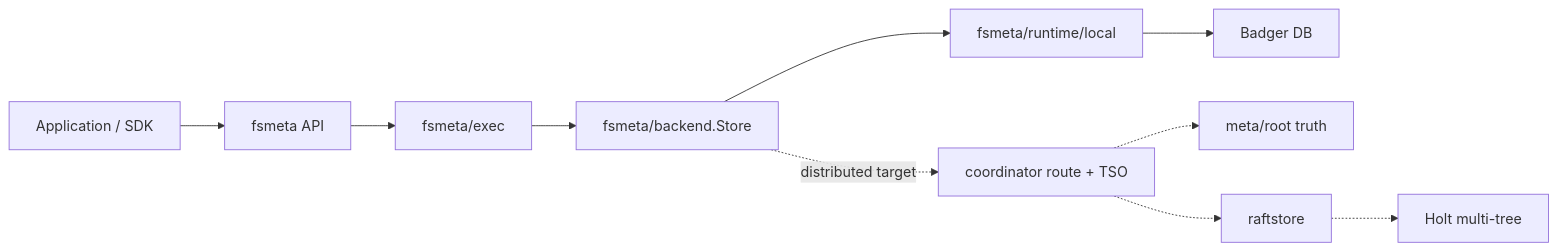
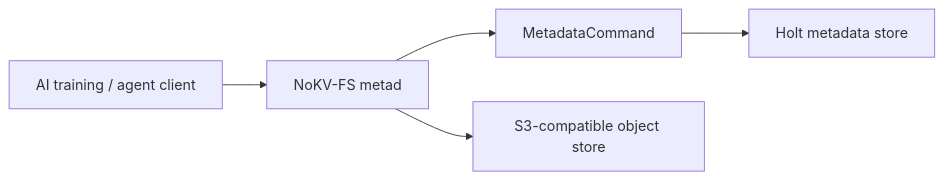
The diagram in docs/guide/architecture.md (feichai0017/NoKV), drawn with Mermaid before and after one commit. The commit also changed other lines of this file and 644 other files, not shown here.

````diff
--- a/docs/guide/architecture.md
+++ b/docs/guide/architecture.md
@@ -38,12 +36,7 @@
 ```mermaid
 flowchart LR
-    Client["Application / SDK"] --> API["fsmeta API"]
-    API --> Exec["fsmeta/exec"]
-    Exec --> Backend["fsmeta/backend.Store"]
-    Backend --> Local["fsmeta/runtime/local"]
-    Local --> Badger["Badger DB"]
-    Backend -. "distributed target" .-> Coord["coordinator route + TSO"]
-    Coord -.-> Root["meta/root truth"]
-    Coord -.-> Rust["raftstore"]
-    Rust -.-> Holt["Holt multi-tree"]
+    App["AI training / agent client"] --> API["NoKV-FS metad"]
+    API --> Command["MetadataCommand"]
+    Command --> Holt["Holt metadata store"]
+    API --> Object["S3-compatible object store"]
 ```
````
